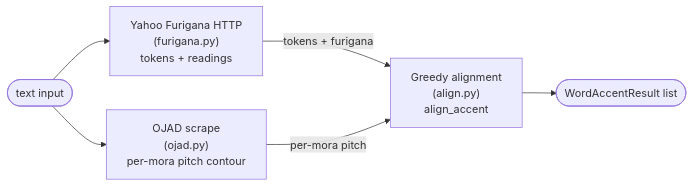
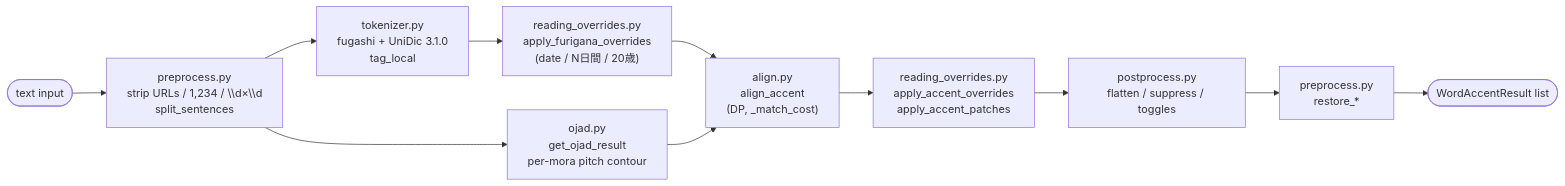
One commit to sessatakuma/API-tools changed the diagram in api/accent/README.md. Above: the diagram before and after it, drawn with Mermaid. The commit also changed other lines of this file, not shown here.

````diff
--- a/api/accent/README.md
+++ b/api/accent/README.md
@@ -14,14 +16,24 @@
 ```mermaid
 flowchart LR
   text([text input])
-  yahoo["Yahoo Furigana HTTP<br/>(furigana.py)<br/>tokens + readings"]
-  ojad["OJAD scrape<br/>(ojad.py)<br/>per-mora pitch contour"]
-  align["Greedy alignment<br/>(align.py)<br/>align_accent"]
+  pre["preprocess.py<br/>strip URLs / 1,234 / \\d×\\d<br/>split_sentences"]
+  tok["tokenizer.py<br/>fugashi + UniDic 3.1.0<br/>tag_local"]
+  fov["reading_overrides.py<br/>apply_furigana_overrides<br/>(date / N日間 / 20歳)"]
+  ojad["ojad.py<br/>get_ojad_result<br/>per-mora pitch contour"]
+  align["align.py<br/>align_accent<br/>(DP, _match_cost)"]
+  aov["reading_overrides.py<br/>apply_accent_overrides<br/>apply_accent_patches"]
+  post["postprocess.py<br/>flatten / suppress / toggles"]
+  restore["preprocess.py<br/>restore_*"]
   out([WordAccentResult list])
 
-  text --> yahoo
-  text --> ojad
-  yahoo -- "tokens + furigana" --> align
-  ojad -- "per-mora pitch" --> align
-  align --> out
+  text --> pre
+  pre --> tok
+  tok --> fov
+  fov --> align
+  pre --> ojad
+  ojad --> align
+  align --> aov
+  aov --> post
+  post --> restore
+  restore --> out
 ```
````
